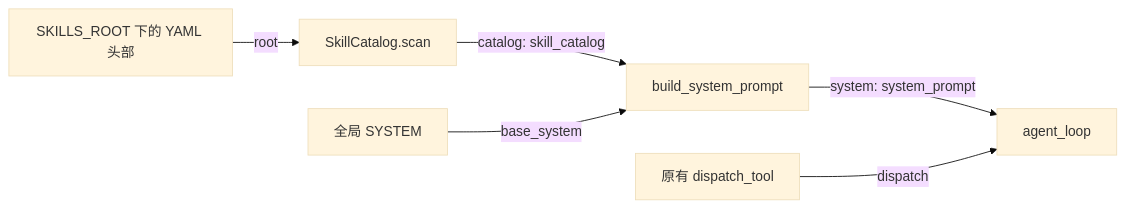
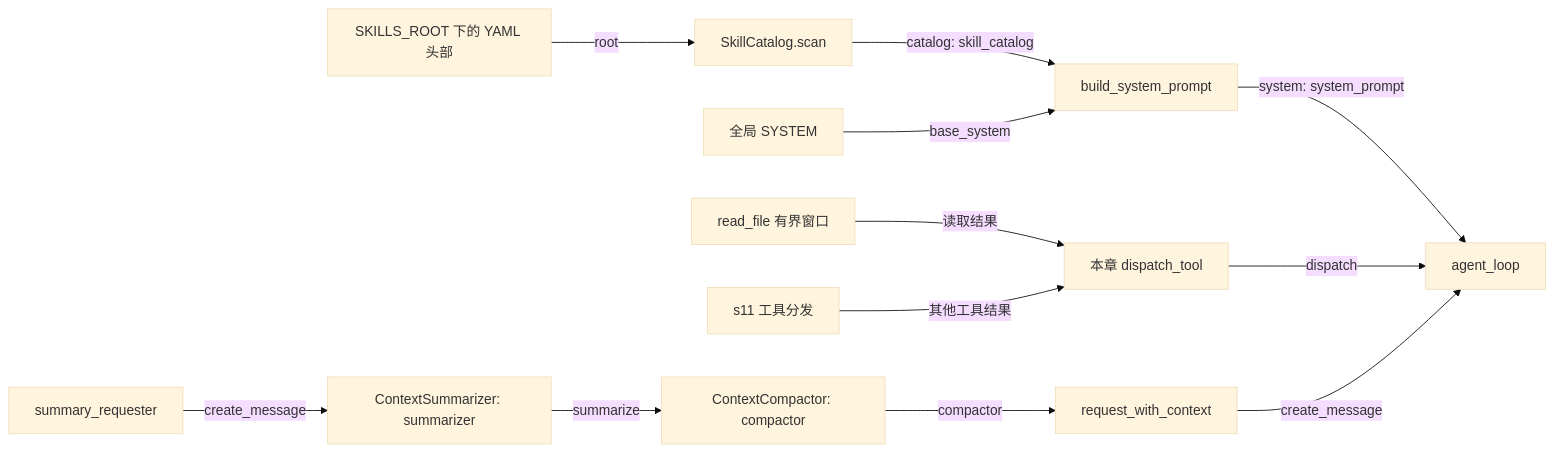
Before and after one commit to liuying151203-create/zero2pi: the second of 2 diagrams in s12_skill_loading/README.md, drawn with Mermaid (base theme). The commit also changed other lines of this file and 5 other files, not shown here.

````diff
--- a/s12_skill_loading/README.md
+++ b/s12_skill_loading/README.md
@@ -47,8 +50,14 @@
 ```mermaid
 flowchart LR
     A[SKILLS_ROOT 下的 YAML 头部] -->|root| B[SkillCatalog.scan]
     B -->|catalog: skill_catalog| C[build_system_prompt]
     D[全局 SYSTEM] -->|base_system| C
     C -->|system: system_prompt| E[agent_loop]
-    F[原有 dispatch_tool] -->|dispatch| E
+    F[本章 dispatch_tool] -->|dispatch| E
+    G[read_file 有界窗口] -->|读取结果| F
+    H[s11 工具分发] -->|其他工具结果| F
+    I[summary_requester] -->|create_message| J[ContextSummarizer: summarizer]
+    J -->|summarize| K[ContextCompactor: compactor]
+    K -->|compactor| L[request_with_context]
+    L -->|create_message| E
 ```
````
